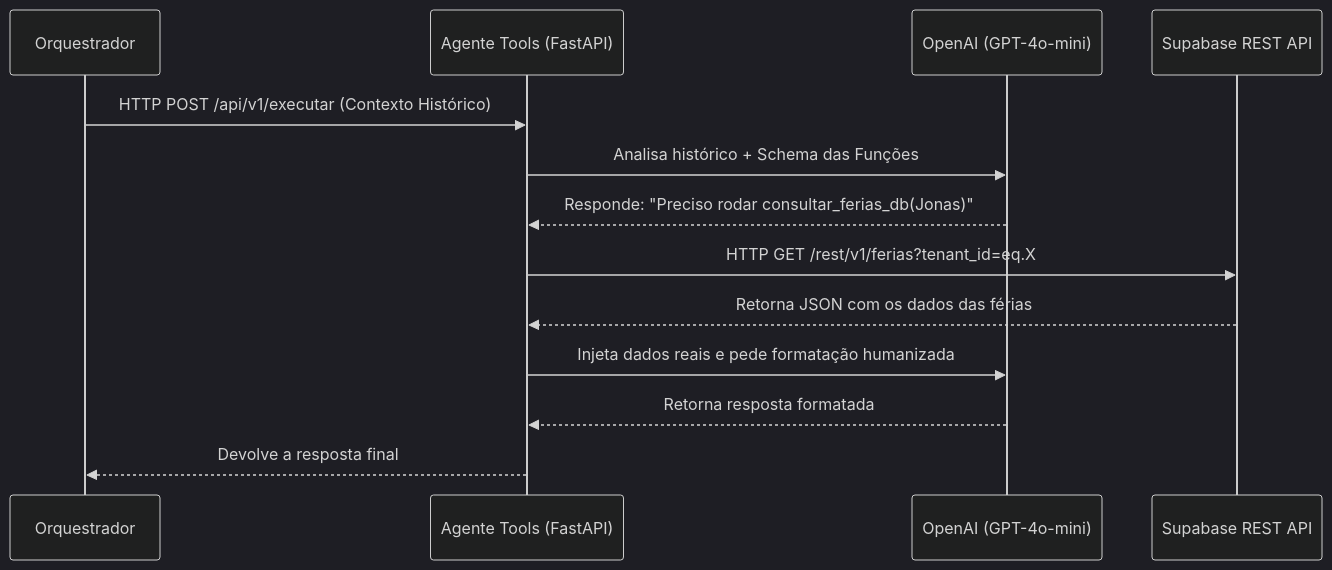
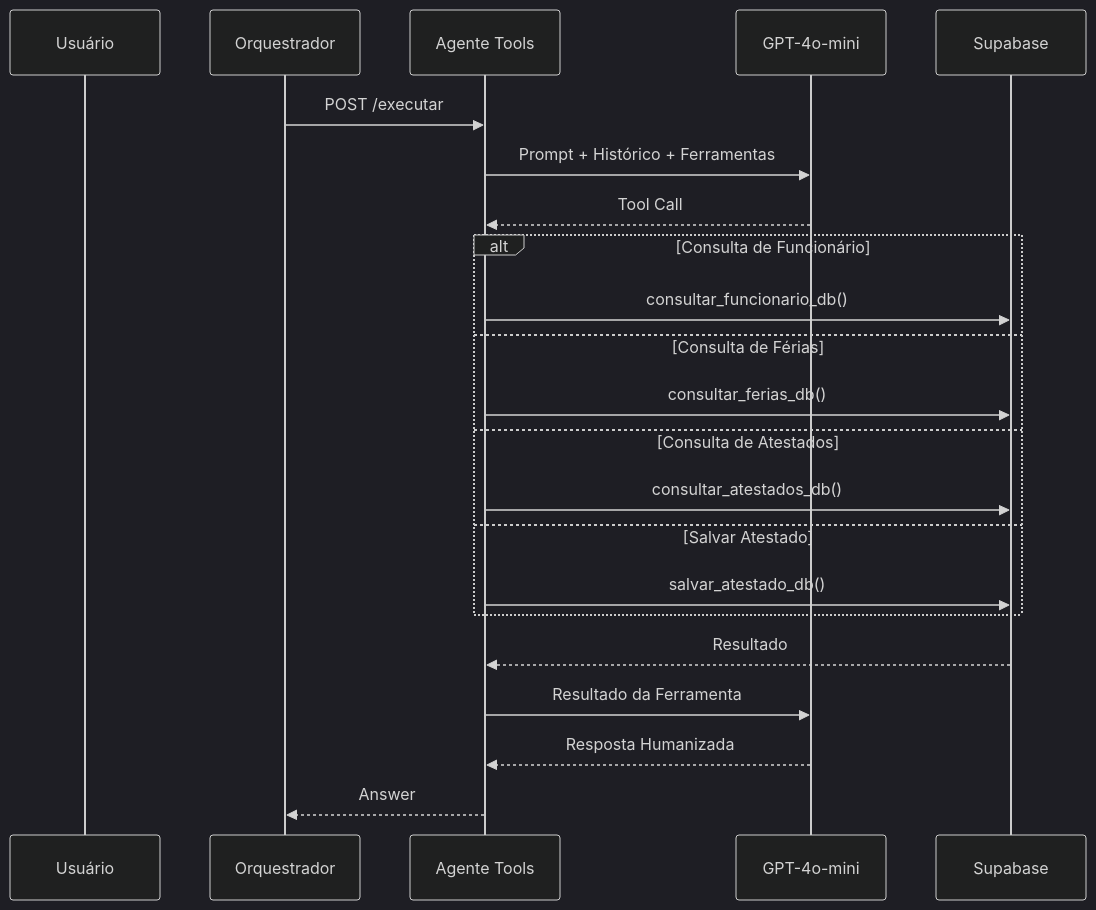
The diagram in MD_MS_python_consulting_tools/MD_MS_pyth_csltn_tls/README.md (leodejandira/MindDesk-Solution), drawn with Mermaid (dark theme) before and after one commit. The commit also changed other lines of this file and 10 other files, not shown here.

````diff
--- a/MD_MS_python_consulting_tools/MD_MS_pyth_csltn_tls/README.md
+++ b/MD_MS_python_consulting_tools/MD_MS_pyth_csltn_tls/README.md
@@ -13,16 +15,31 @@
 ```mermaid
 sequenceDiagram
-    participant Orq as Orquestrador
-    participant Tools as Agente Tools (FastAPI)
-    participant LLM as OpenAI (GPT-4o-mini)
-    participant DB as Supabase REST API
+    participant User as Usuário
+    participant Orch as Orquestrador
+    participant Tools as Agente Tools
+    participant GPT as GPT-4o-mini
+    participant DB as Supabase
 
-    Orq->>Tools: HTTP POST /api/v1/executar (Contexto Histórico)
-    Tools->>LLM: Analisa histórico + Schema das Funções
-    LLM-->>Tools: Responde: "Preciso rodar consultar_ferias_db(Jonas)"
-    Tools->>DB: HTTP GET /rest/v1/ferias?tenant_id=eq.X
-    DB-->>Tools: Retorna JSON com os dados das férias
-    Tools->>LLM: Injeta dados reais e pede formatação humanizada
-    LLM-->>Tools: Retorna resposta formatada
-    Tools-->>Orq: Devolve a resposta final
+    Orch->>Tools: POST /executar
+
+    Tools->>GPT: Prompt + Histórico + Ferramentas
+
+    GPT-->>Tools: Tool Call
+
+    alt Consulta de Funcionário
+        Tools->>DB: consultar_funcionario_db()
+    else Consulta de Férias
+        Tools->>DB: consultar_ferias_db()
+    else Consulta de Atestados
+        Tools->>DB: consultar_atestados_db()
+    else Salvar Atestado
+        Tools->>DB: salvar_atestado_db()
+    end
+
+    DB-->>Tools: Resultado
+
+    Tools->>GPT: Resultado da Ferramenta
+    GPT-->>Tools: Resposta Humanizada
+
+    Tools-->>Orch: Answer
 ```
````
